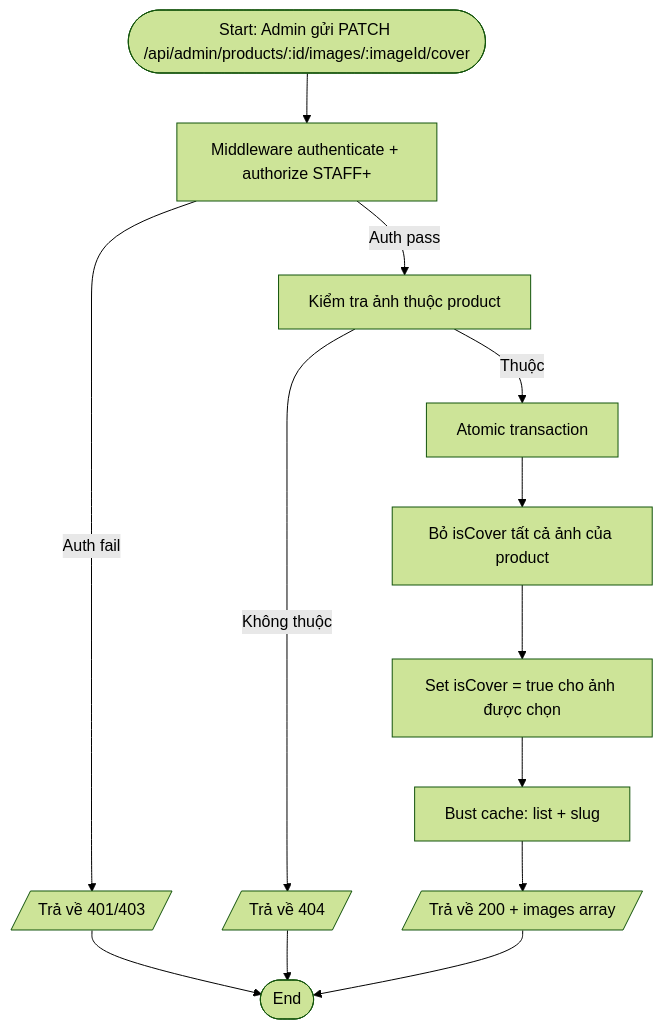
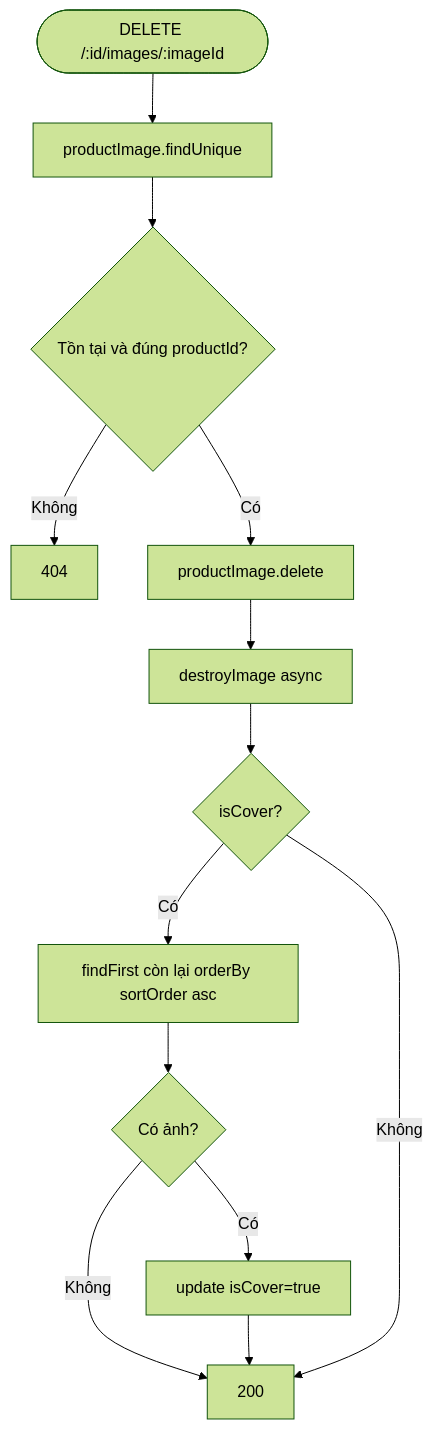
Before and after one commit to phamvinh203/mobivexa: the fourth of 7 diagrams in docs/Product/ActivityDiagram.md, drawn with Mermaid (forest theme). The commit also changed other lines of this file and 79 other files, not shown here.

Commit message:
📜 Add documentation for Inventory and Favorite modules including Use Cases, API Specifications, and Activity Diagrams

````diff
--- a/docs/Product/ActivityDiagram.md
+++ b/docs/Product/ActivityDiagram.md
@@ -250,15 +70,15 @@
 ```mermaid
 flowchart TD
-    A([Start: Admin gửi PATCH /api/admin/products/:id/images/:imageId/cover]) --> B[Middleware authenticate + authorize STAFF+]
-    B -->|Auth fail| E1[/Trả về 401/403/]
-    B -->|Auth pass| C[Kiểm tra ảnh thuộc product]
-    C -->|Không thuộc| E2[/Trả về 404/]
-    C -->|Thuộc| D[Atomic transaction]
-    D --> E[Bỏ isCover tất cả ảnh của product]
-    E --> F[Set isCover = true cho ảnh được chọn]
-    F --> G[Bust cache: list + slug]
-    G --> H[/Trả về 200 + images array/]
-    E1 --> Z([End])
-    E2 --> Z
-    H --> Z
+    A([DELETE /:id/images/:imageId]) --> B[productImage.findUnique]
+    B --> C{Tồn tại và đúng productId?}
+    C -- Không --> ERR1[404]
+    C -- Có --> D[productImage.delete]
+    D --> E[destroyImage async]
+    E --> F{isCover?}
+    F -- Có --> G[findFirst còn lại orderBy sortOrder asc]
+    G --> H{Có ảnh?}
+    H -- Có --> I[update isCover=true]
+    H -- Không --> J[200]
+    I --> J
+    F -- Không --> J
 ```
````
